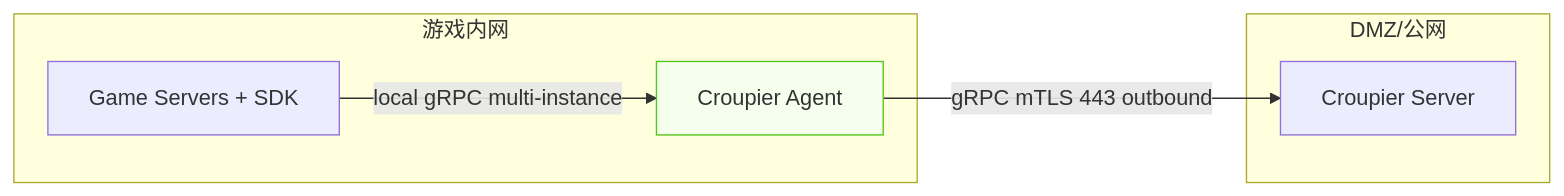
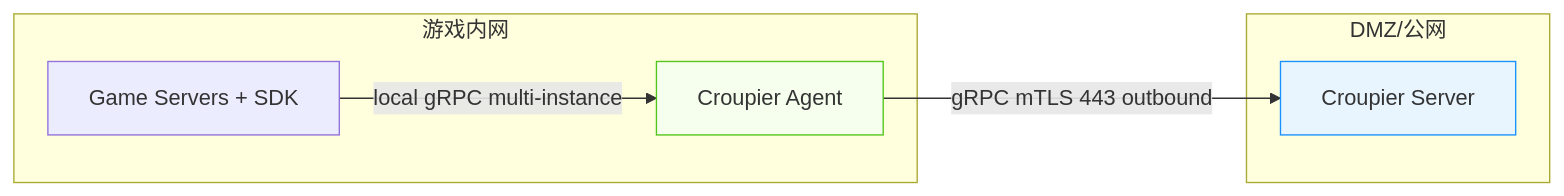
One commit to cuihairu/croupier changed the third of 4 diagrams in README.md. Above: the diagram before and after it, drawn with Mermaid. The commit also changed other lines of this file and 14 other files, not shown here.

First line of the commit message:
server(http): approvals persistence (Postgres via -tags pg, fallback memory) + pagination/filter/detail APIs; start_job transport encode; audit masking; pack extract; docs & schema.

````diff
--- a/README.md
+++ b/README.md
@@ -160,16 +160,16 @@
 ```mermaid
 graph LR
   subgraph DMZ[DMZ/公网]
     Server[Croupier Server]
   end
   subgraph NETA[游戏内网]
     A[Croupier Agent]
     GS[Game Servers + SDK]
   end
   A -->|gRPC mTLS 443 outbound| Server
   GS -->|local gRPC multi-instance| A
-  classDef core fill:#e8f5ff,stroke:#1890ff;
+  classDef server fill:#e8f5ff,stroke:#1890ff;
   classDef agent fill:#f6ffed,stroke:#52c41a;
   class Server server
   class A agent
 ```
````
